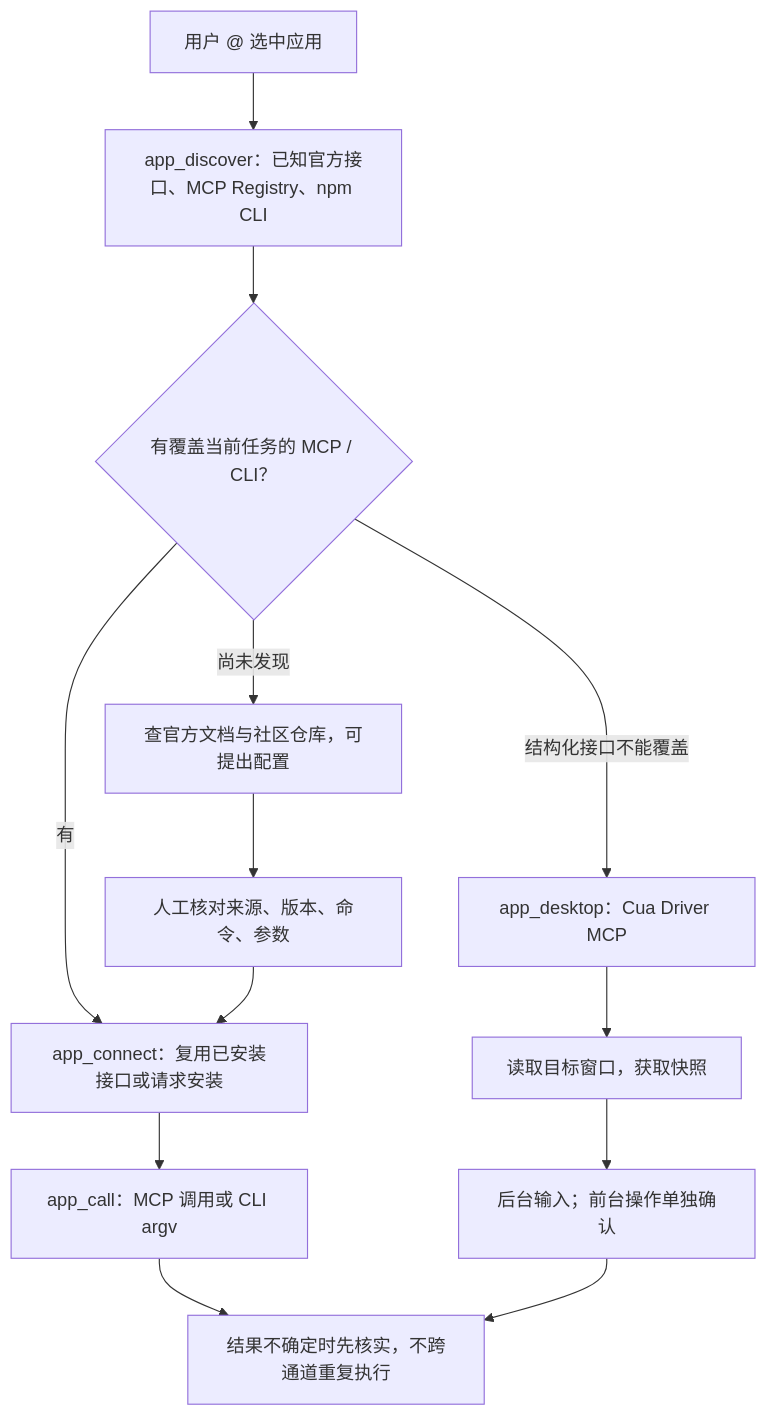
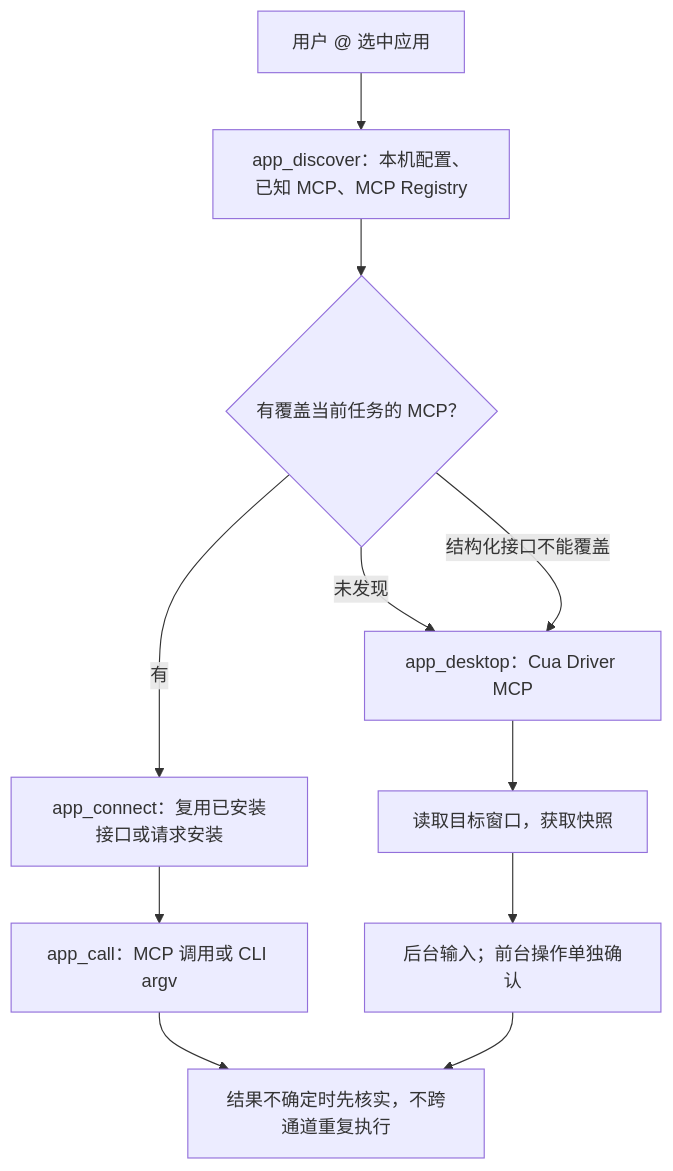
Before and after one commit to DeveloperYe/dsh-doyourweb: the diagram in docs/annotations-and-apps.md, drawn with Mermaid. The commit also changed other lines of this file and 22 other files, not shown here.

````diff
--- a/docs/annotations-and-apps.md
+++ b/docs/annotations-and-apps.md
@@ -40,15 +42,13 @@
 ```mermaid
 flowchart TD
-    Ref["用户 @ 选中应用"] --> Discover["app_discover：已知官方接口、MCP Registry、npm CLI"]
-    Discover --> Match{"有覆盖当前任务的 MCP / CLI？"}
+    Ref["用户 @ 选中应用"] --> Discover["app_discover：本机配置、已知 MCP、MCP Registry"]
+    Discover --> Match{"有覆盖当前任务的 MCP？"}
     Match -->|"有"| Connect["app_connect：复用已安装接口或请求安装"]
-    Match -->|"尚未发现"| Research["查官方文档与社区仓库，可提出配置"]
-    Research --> Review["人工核对来源、版本、命令、参数"]
-    Review --> Connect
+    Match -->|"未发现"| Desktop
     Connect --> Call["app_call：MCP 调用或 CLI argv"]
     Match -->|"结构化接口不能覆盖"| Desktop["app_desktop：Cua Driver MCP"]
     Desktop --> Read["读取目标窗口，获取快照"]
     Read --> Act["后台输入；前台操作单独确认"]
     Call --> Verify["结果不确定时先核实，不跨通道重复执行"]
     Act --> Verify
 ```
````
